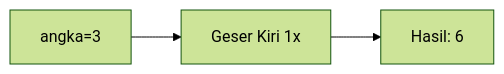
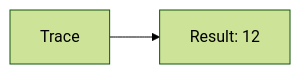
One commit to amnahwaida/OSNK_INF_PREP changed the seventh of 25 diagrams in part-c-pemahaman-cpp/06-bitwise/latihan/set-07.md. Above: the diagram before and after it, drawn with Mermaid (forest theme). The commit also changed other lines of this file and 71 other files, not shown here.

````diff
--- a/part-c-pemahaman-cpp/06-bitwise/latihan/set-07.md
+++ b/part-c-pemahaman-cpp/06-bitwise/latihan/set-07.md
@@ -129,5 +148,4 @@
 ```mermaid
 graph LR
-A["angka=3"] --> B["Geser Kiri 1x"]
-B --> C["Hasil: 6"]
+A[Trace] --> B[Result: 12]
 ```
````
